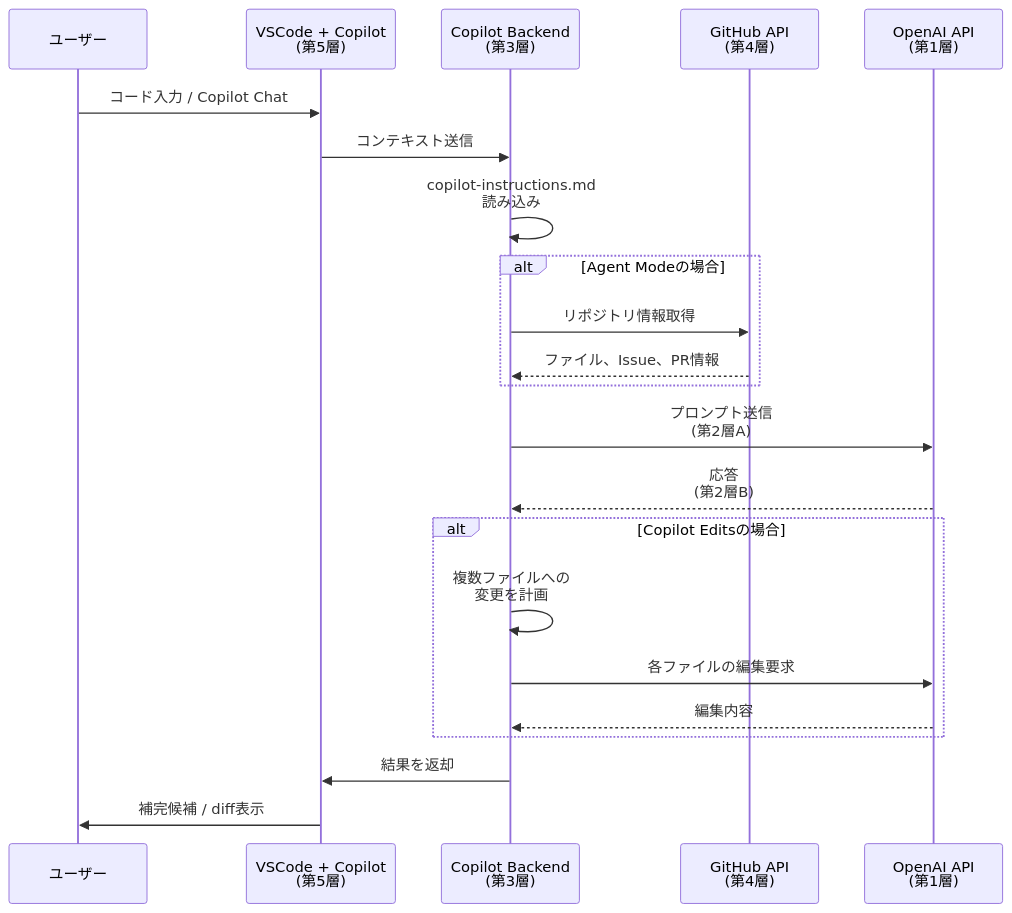
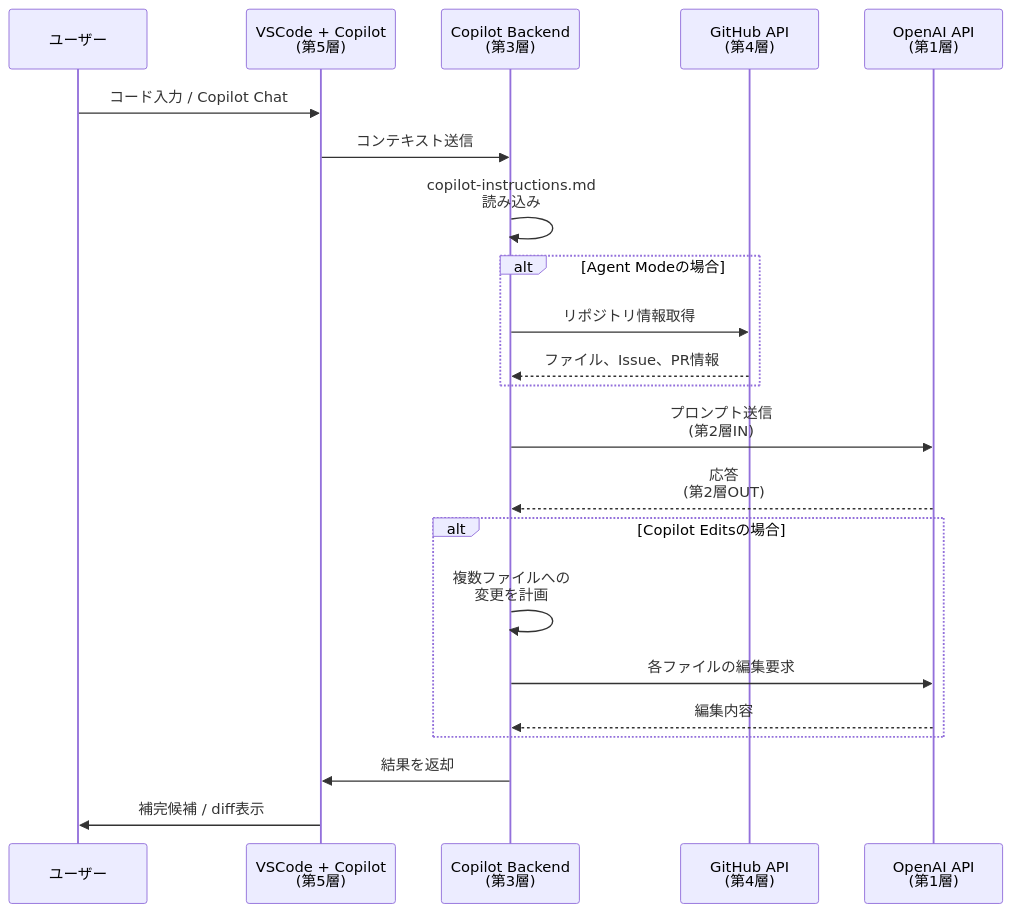
The fourth of 7 diagrams in books/ai-agent-layered-map/07-2-ide-ai.md (fsitlab/zenn), drawn with Mermaid before and after one commit. The commit also changed other lines of this file and 12 other files, not shown here.

````diff
--- a/books/ai-agent-layered-map/07-2-ide-ai.md
+++ b/books/ai-agent-layered-map/07-2-ide-ai.md
@@ -294,29 +294,29 @@
 ```mermaid
 sequenceDiagram
     participant User as ユーザー
     participant VSCode as VSCode + Copilot<br>(第5層)
     participant Backend as Copilot Backend<br>(第3層)
     participant GitHub as GitHub API<br>(第4層)
     participant LLM as OpenAI API<br>(第1層)
 
     User->>VSCode: コード入力 / Copilot Chat
     VSCode->>Backend: コンテキスト送信
     Backend->>Backend: copilot-instructions.md<br>読み込み
 
     alt Agent Modeの場合
         Backend->>GitHub: リポジトリ情報取得
         GitHub-->>Backend: ファイル、Issue、PR情報
     end
 
-    Backend->>LLM: プロンプト送信<br>(第2層A)
-    LLM-->>Backend: 応答<br>(第2層B)
+    Backend->>LLM: プロンプト送信<br>(第2層IN)
+    LLM-->>Backend: 応答<br>(第2層OUT)
 
     alt Copilot Editsの場合
         Backend->>Backend: 複数ファイルへの<br>変更を計画
         Backend->>LLM: 各ファイルの編集要求
         LLM-->>Backend: 編集内容
     end
 
     Backend->>VSCode: 結果を返却
     VSCode->>User: 補完候補 / diff表示
 ```
````
